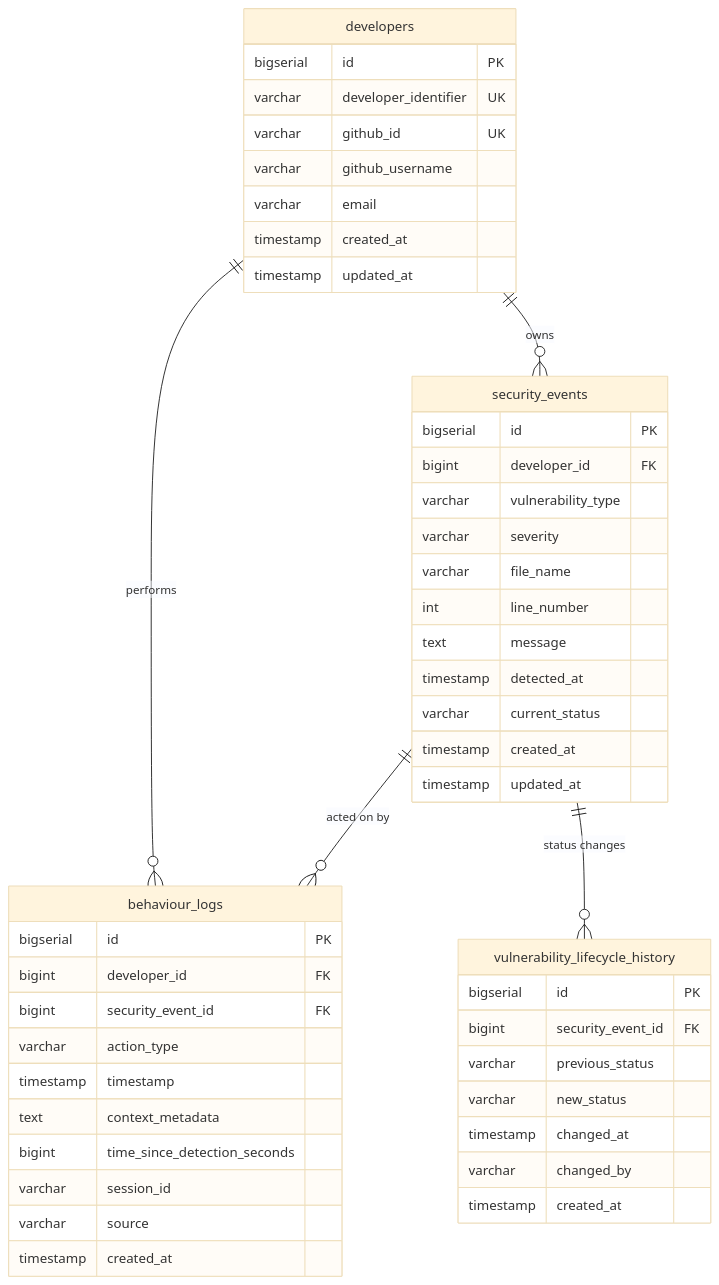
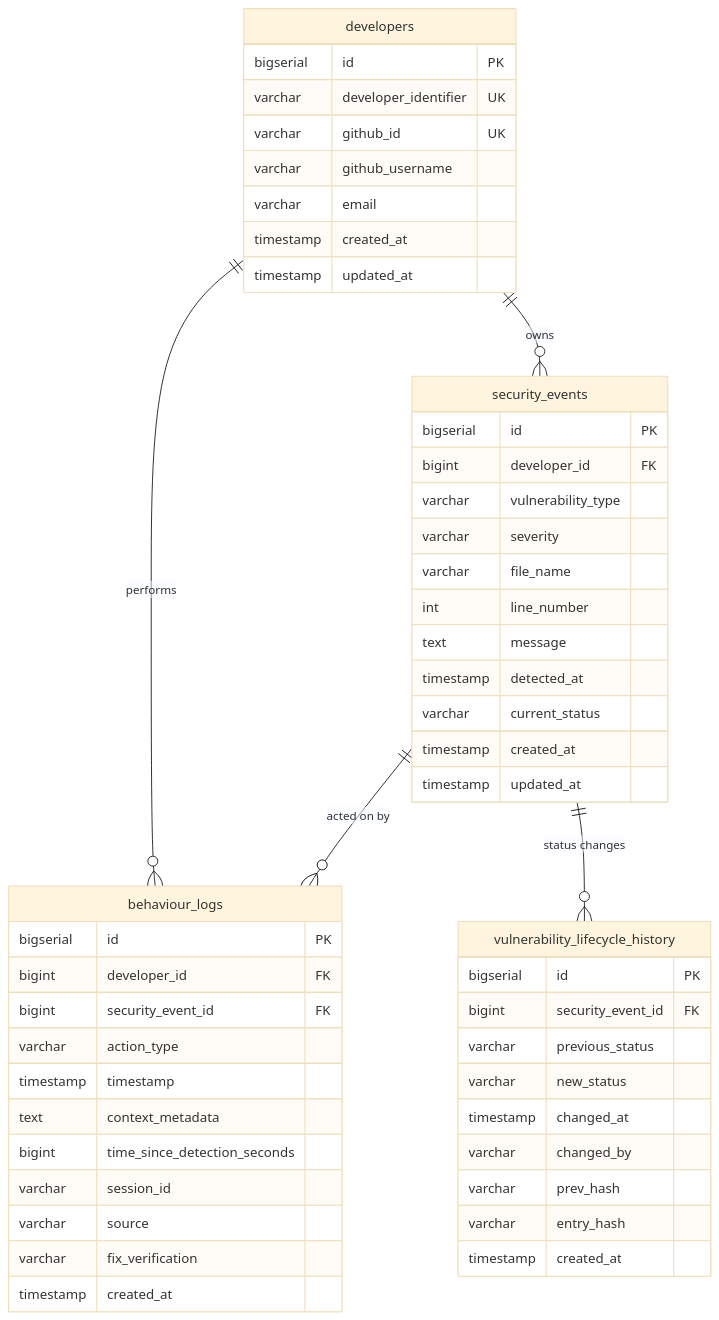
Before and after one commit to Ruwaneke/J26-IT-394: the second of 2 diagrams in component-2-behaviour-tracker/TECHNICAL_OVERVIEW.md, drawn with Mermaid (base theme). The commit also changed other lines of this file and 1 other file, not shown here.

Commit message:
docs: update technical architecture documentation

````diff
--- a/component-2-behaviour-tracker/TECHNICAL_OVERVIEW.md
+++ b/component-2-behaviour-tracker/TECHNICAL_OVERVIEW.md
@@ -178,50 +181,53 @@
 ```mermaid
 erDiagram
     developers ||--o{ security_events : owns
     developers ||--o{ behaviour_logs : performs
     security_events ||--o{ behaviour_logs : "acted on by"
     security_events ||--o{ vulnerability_lifecycle_history : "status changes"
     developers {
         bigserial id PK
         varchar developer_identifier UK
         varchar github_id UK
         varchar github_username
         varchar email
         timestamp created_at
         timestamp updated_at
     }
     security_events {
         bigserial id PK
         bigint developer_id FK
         varchar vulnerability_type
         varchar severity
         varchar file_name
         int line_number
         text message
         timestamp detected_at
         varchar current_status
         timestamp created_at
         timestamp updated_at
     }
     behaviour_logs {
         bigserial id PK
         bigint developer_id FK
         bigint security_event_id FK
         varchar action_type
         timestamp timestamp
         text context_metadata
         bigint time_since_detection_seconds
         varchar session_id
         varchar source
+        varchar fix_verification
         timestamp created_at
     }
     vulnerability_lifecycle_history {
         bigserial id PK
         bigint security_event_id FK
         varchar previous_status
         varchar new_status
         timestamp changed_at
         varchar changed_by
+        varchar prev_hash
+        varchar entry_hash
         timestamp created_at
     }
 ```
````
